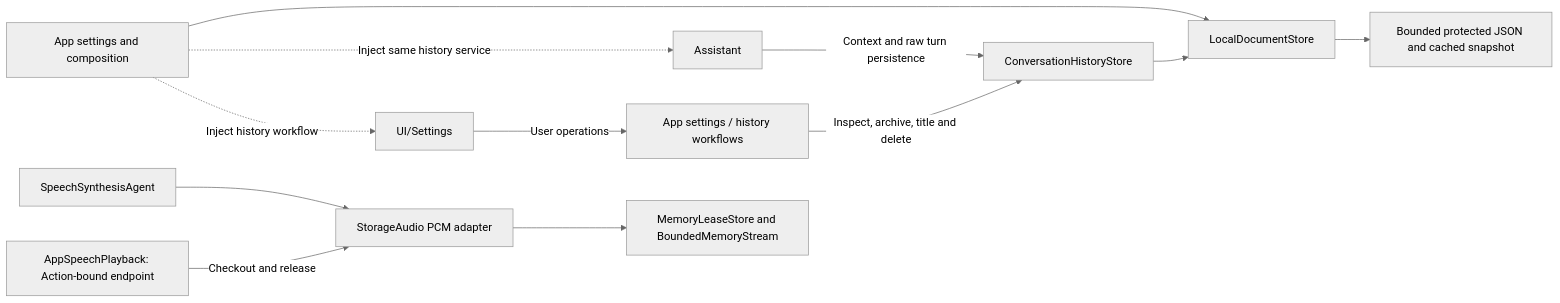
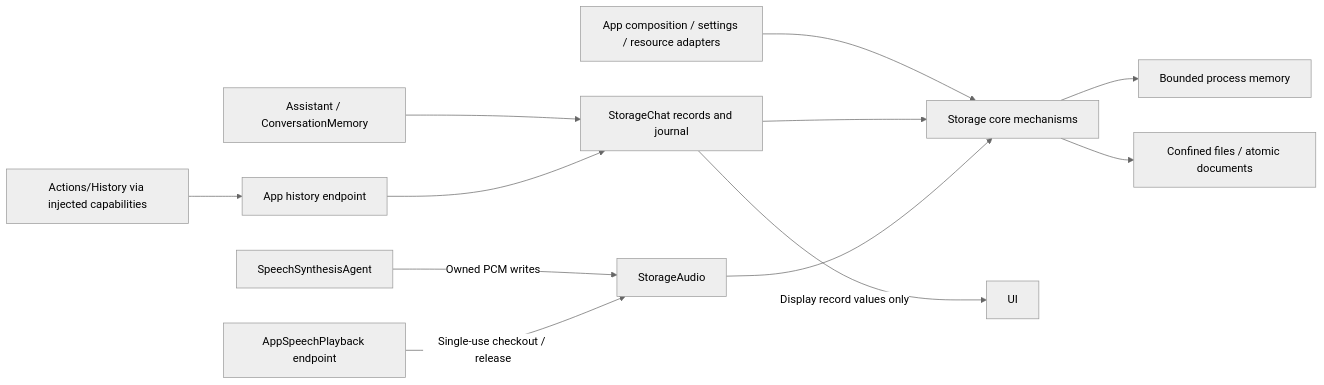
One commit to devilyouwei/MobileHarness changed the first of 3 diagrams in MobileHarness/Storage/README.md. Above: the diagram before and after it, drawn with Mermaid (neutral theme). The commit also changed other lines of this file and 238 other files, not shown here.

````diff
--- a/MobileHarness/Storage/README.md
+++ b/MobileHarness/Storage/README.md
@@ -17,14 +11,14 @@
 ```mermaid
 flowchart LR
-    App[App settings and composition] --> Documents[LocalDocumentStore]
-    App -.->|Inject same history service| Assistant[Assistant]
-    App -.->|Inject history workflow| Views[UI/Settings]
-    Views -->|User operations| Workflow[App settings / history workflows]
-    Assistant -->|Context and raw turn persistence| History[ConversationHistoryStore]
-    Workflow -->|Inspect, archive, title and delete| History
-    History --> Documents
-    Documents --> Disk[Bounded protected JSON and cached snapshot]
-    Synth[SpeechSynthesisAgent] --> Audio[StorageAudio PCM adapter]
-    Playback[AppSpeechPlayback: Action-bound endpoint] -->|Checkout and release| Audio
-    Audio --> Memory[MemoryLeaseStore and BoundedMemoryStream]
+    App[App composition / settings / resource adapters] --> Core[Storage core mechanisms]
+    Agents[Assistant / ConversationMemory] --> Chat[StorageChat records and journal]
+    Functions[Actions/History via injected capabilities] --> HistoryHost[App history endpoint]
+    HistoryHost --> Chat
+    Chat --> Core
+    Synth[SpeechSynthesisAgent] -->|Owned PCM writes| Audio[StorageAudio]
+    Playback[AppSpeechPlayback endpoint] -->|Single-use checkout / release| Audio
+    Audio --> Core
+    Core --> Memory[Bounded process memory]
+    Core --> Files[Confined files / atomic documents]
+    Chat -->|Display record values only| UI[UI]
 ```
````
